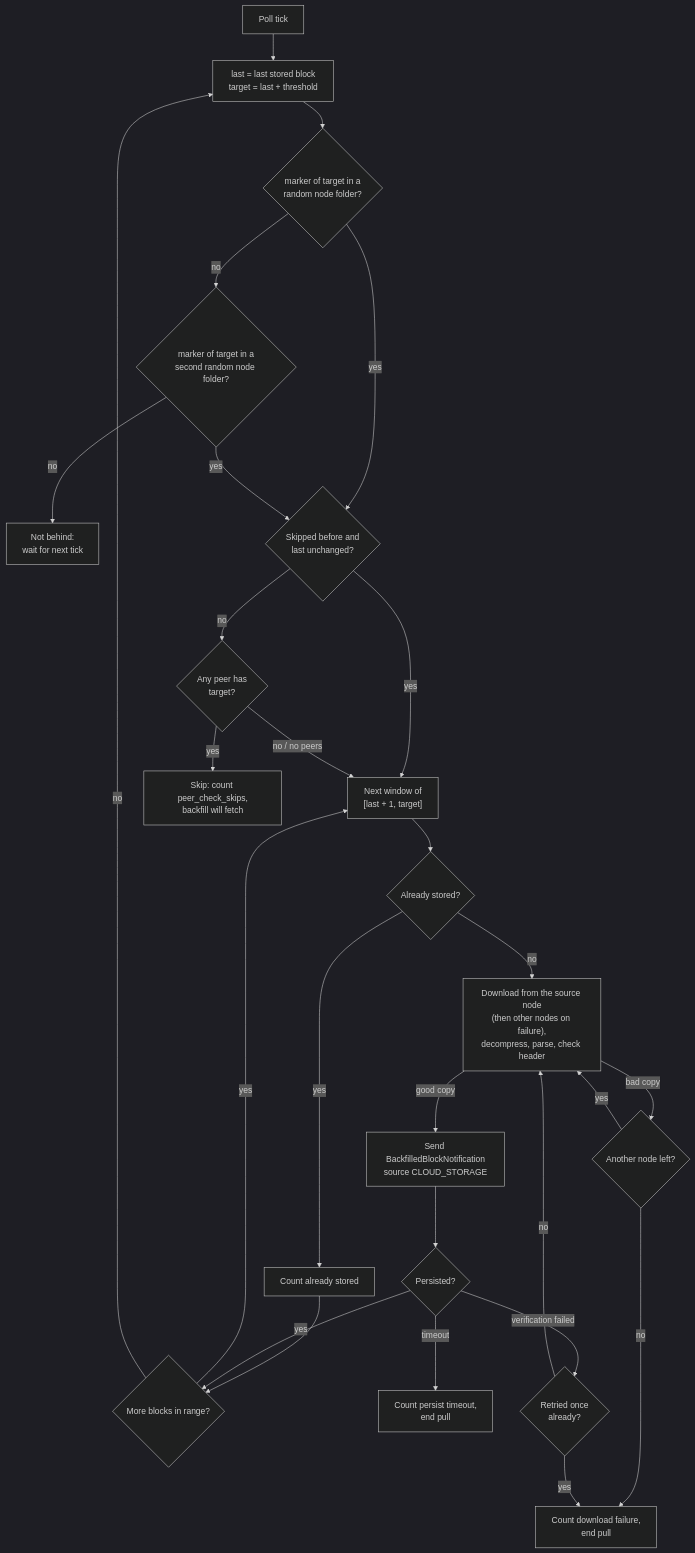
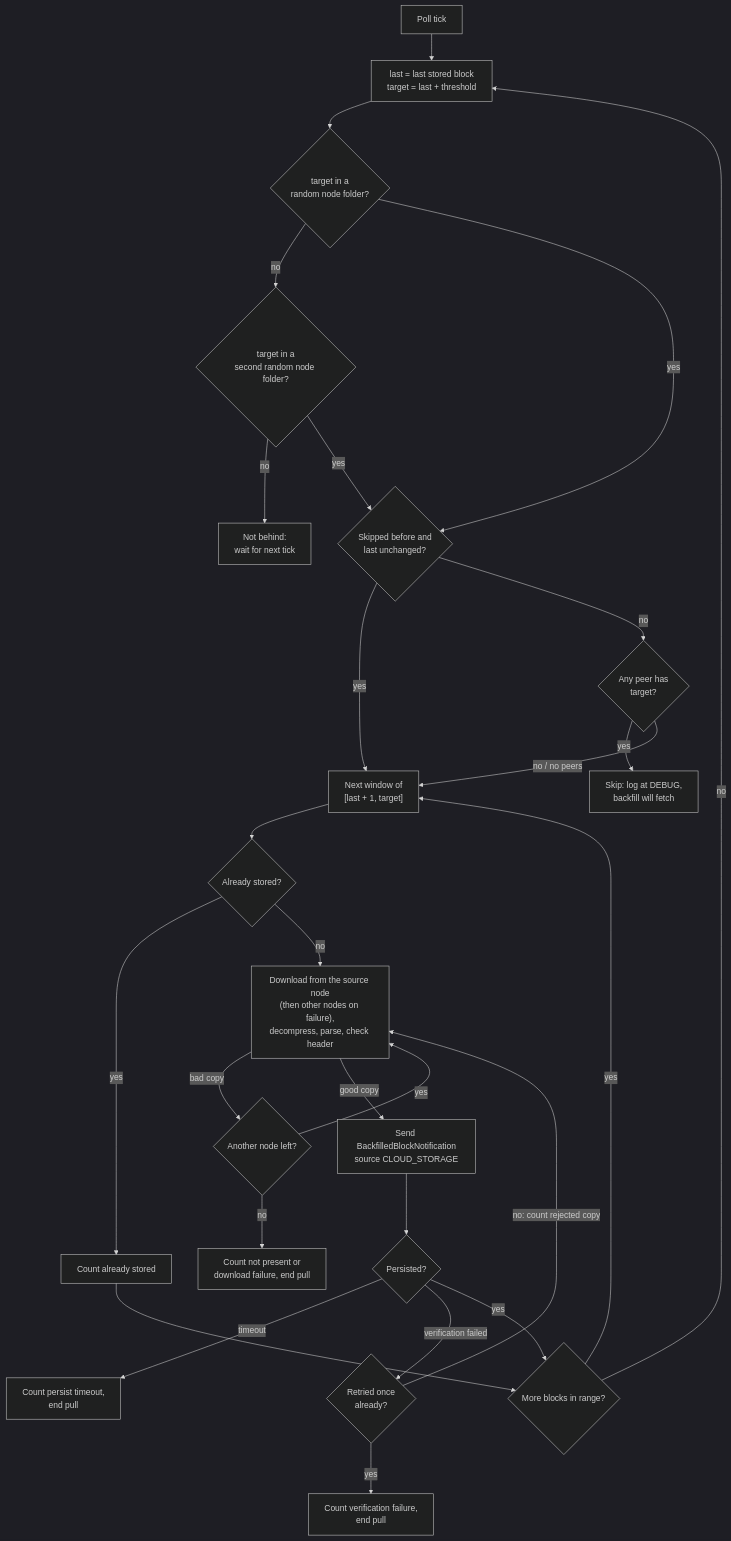
One commit to hiero-ledger/hiero-block-node changed the first of 2 diagrams in docs/design/persistence/cloud-storage-download.md. Above: the diagram before and after it, drawn with Mermaid (dark theme). The commit also changed other lines of this file, not shown here.

````diff
--- a/docs/design/persistence/cloud-storage-download.md
+++ b/docs/design/persistence/cloud-storage-download.md
@@ -328,28 +363,28 @@
 ```mermaid
 flowchart TD
     A[Poll tick] --> B["last = last stored block<br/>target = last + threshold"]
-    B --> C{"marker of target in a<br/>random node folder?"}
-    C -- no --> C2{"marker of target in a<br/>second random node folder?"}
+    B --> C{"target in a<br/>random node folder?"}
+    C -- no --> C2{"target in a<br/>second random node folder?"}
     C2 -- no --> Z["Not behind:<br/>wait for next tick"]
     C -- yes --> D0{"Skipped before and<br/>last unchanged?"}
     C2 -- yes --> D0
     D0 -- yes --> E
     D0 -- no --> D{"Any peer has<br/>target?"}
-    D -- yes --> P["Skip: count peer_check_skips,<br/>backfill will fetch"]
+    D -- yes --> P["Skip: log at DEBUG,<br/>backfill will fetch"]
     D -- "no / no peers" --> E["Next window of<br/>[last + 1, target]"]
     E --> F{Already stored?}
     F -- yes --> F2[Count already stored] --> H
     F -- no --> G["Download from the source node<br/>(then other nodes on failure),<br/>decompress, parse, check header"]
     G -- bad copy --> G2{Another node left?}
     G2 -- yes --> G
-    G2 -- no --> X["Count download failure,<br/>end pull"]
+    G2 -- no --> X["Count not present or<br/>download failure, end pull"]
     G -- good copy --> S["Send BackfilledBlockNotification<br/>source CLOUD_STORAGE"]
     S --> W{"Persisted?"}
     W -- timeout --> T["Count persist timeout,<br/>end pull"]
     W -- "verification failed" --> R{"Retried once<br/>already?"}
-    R -- no --> G
-    R -- yes --> X
+    R -- "no: count rejected copy" --> G
+    R -- yes --> V["Count verification failure,<br/>end pull"]
     W -- yes --> H{More blocks in range?}
     H -- yes --> E
     H -- no --> B
 ```
````
